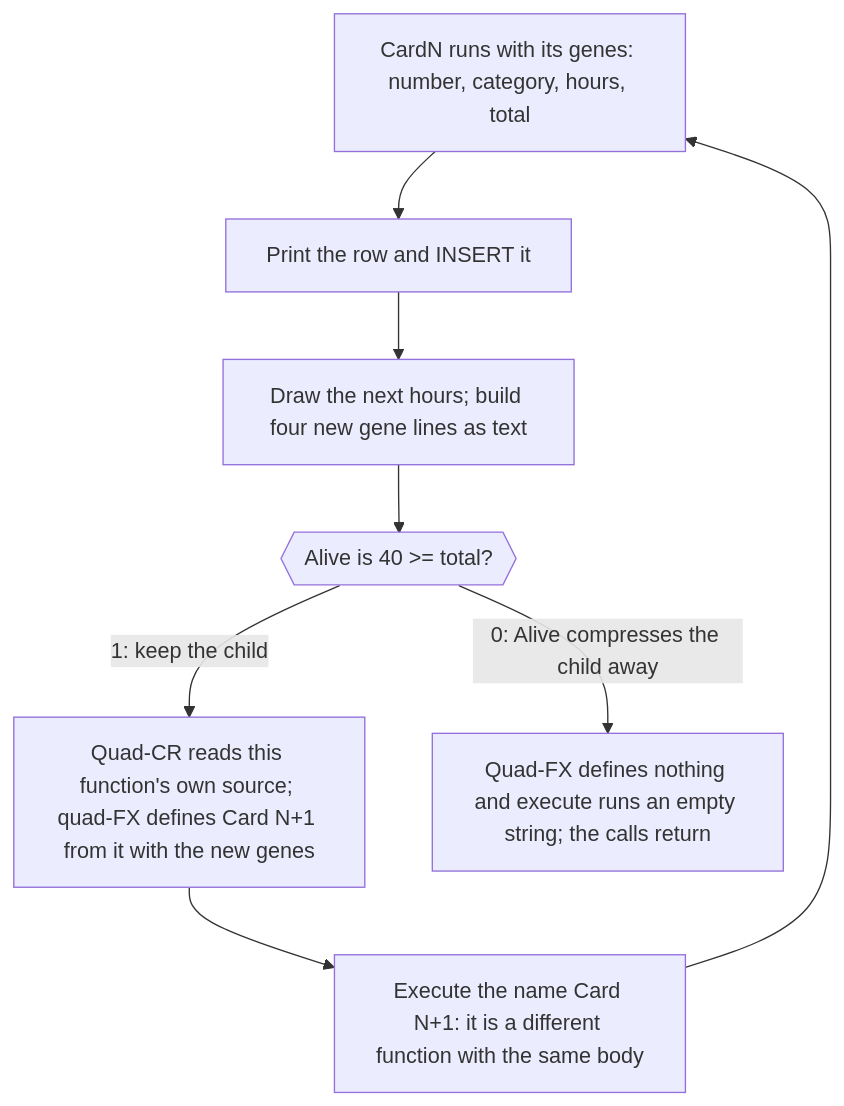
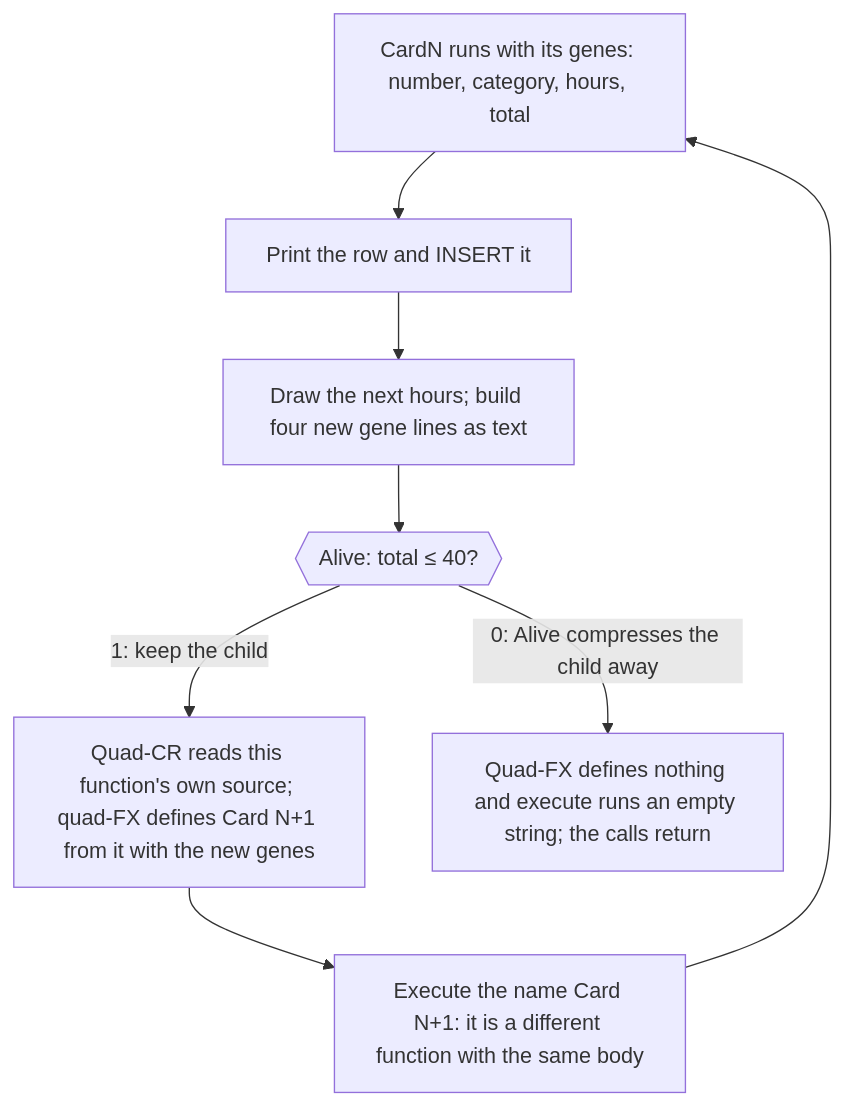
One commit to dullroar/code-challenge changed the second of 2 diagrams in lessons/languages/apl.md. Above: the diagram before and after it, drawn with Mermaid. The commit also changed other lines of this file and 79 other files, not shown here.

````diff
--- a/lessons/languages/apl.md
+++ b/lessons/languages/apl.md
@@ -154,12 +154,12 @@
 ```mermaid
 flowchart TD
     accTitle: apl-weird: each card function writes and calls the next one
     accDescr: A flowchart. The function Card0 runs with its genes: the card number, category, hours and running total. It prints its row and inserts it into SQLite. It draws the next hours and builds the four gene lines for the next card as text. A boolean Alive is 1 while the total is 40 or less. The function then takes its own source with the quad-CR function, replaces the header and genes, and compresses the whole child away with Alive. The quad-FX function defines a new function, Card1, from what is left, or defines nothing. Executing the name, also compressed by Alive, then calls Card1, which does the same steps. When Alive is 0, nothing is written or called, and the chain of calls returns.
     A["CardN runs with its genes: number, category, hours, total"] --> B["Print the row and INSERT it"]
     B --> C["Draw the next hours; build four new gene lines as text"]
-    C --> D{{"Alive is 40 >= total?"}}
+    C --> D{{"Alive: total ≤ 40?"}}
     D -->|"1: keep the child"| E["Quad-CR reads this function's own source; quad-FX defines Card N+1 from it with the new genes"]
     E --> F["Execute the name Card N+1: it is a different function with the same body"]
     F --> A
     D -->|"0: Alive compresses the child away"| G["Quad-FX defines nothing and execute runs an empty string; the calls return"]
 ```
````
